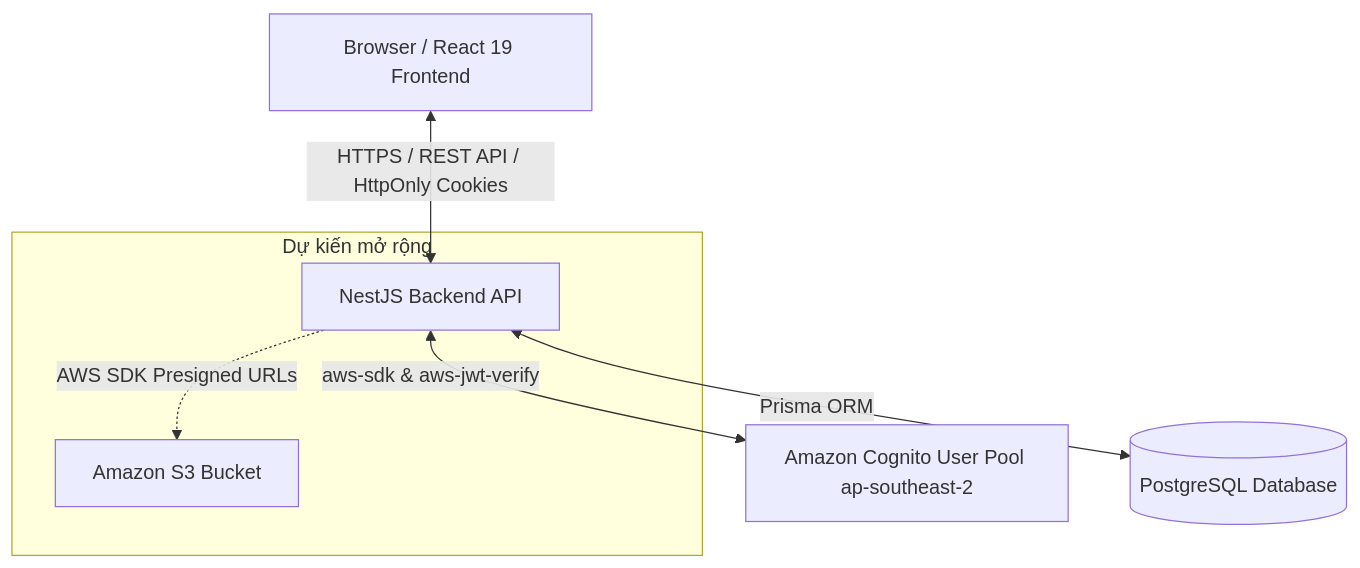
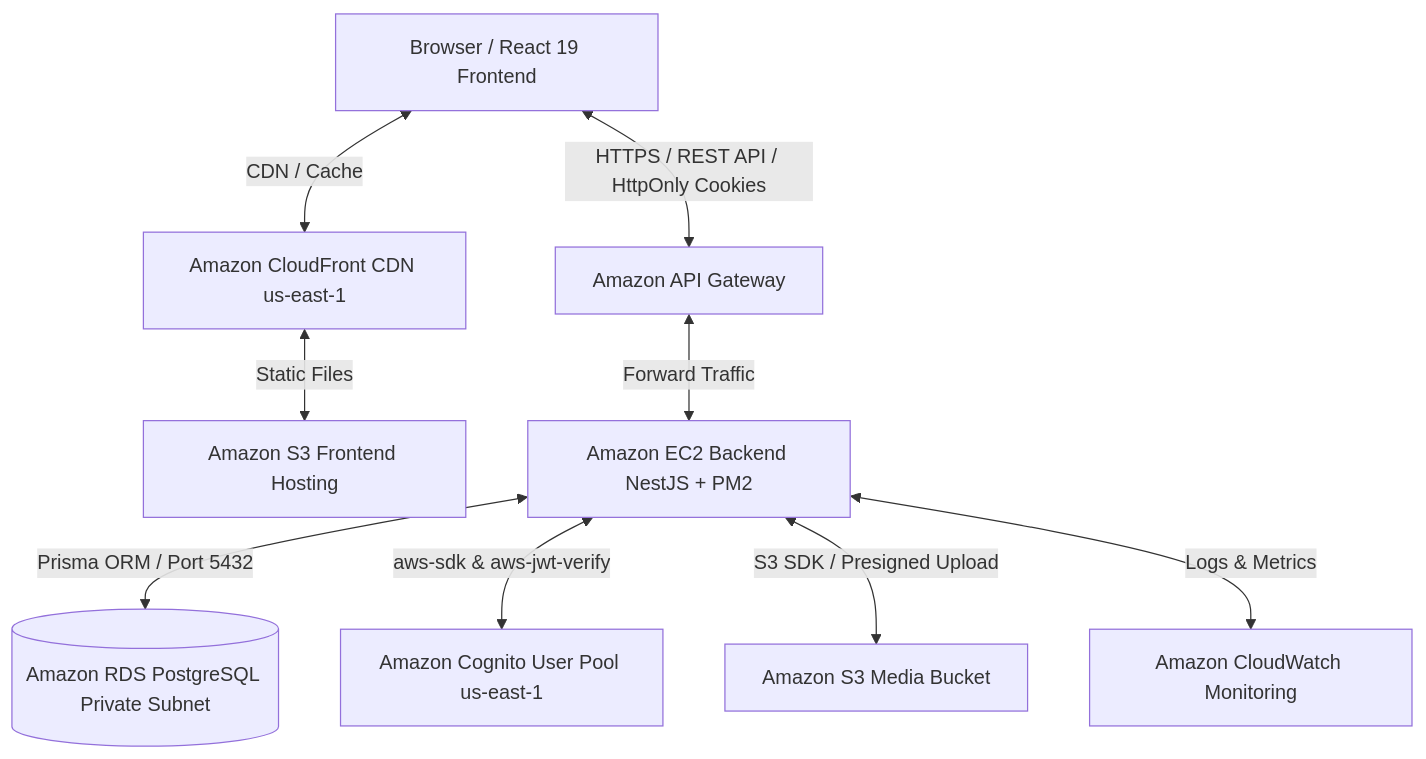
The diagram in content/2-Proposal/_index.vi.md (KelvinPhans/fcj-workshop), drawn with Mermaid before and after one commit. The commit also changed other lines of this file and 65 other files, not shown here.

````diff
--- a/content/2-Proposal/_index.vi.md
+++ b/content/2-Proposal/_index.vi.md
@@ -46,10 +49,11 @@
 ```mermaid
 graph TD
-    Client[Browser / React 19 Frontend] <-->|HTTPS / REST API / HttpOnly Cookies| Backend[NestJS Backend API]
-    Backend <-->|aws-sdk & aws-jwt-verify| Cognito[Amazon Cognito User Pool ap-southeast-2]
-    Backend <-->|Prisma ORM| DB[(PostgreSQL Database)]
-    
-    subgraph Future_AWS_Services [Dự kiến mở rộng]
-        Backend -.->|AWS SDK Presigned URLs| S3[Amazon S3 Bucket]
-    end
+    Client[Browser / React 19 Frontend] <-->|CDN / Cache| CloudFront[Amazon CloudFront CDN us-east-1]
+    CloudFront <-->|Static Files| S3_FE[Amazon S3 Frontend Hosting]
+    Client <-->|HTTPS / REST API / HttpOnly Cookies| APIGW[Amazon API Gateway]
+    APIGW <-->|Forward Traffic| EC2[Amazon EC2 Backend NestJS + PM2]
+    EC2 <-->|Prisma ORM / Port 5432| RDS[(Amazon RDS PostgreSQL Private Subnet)]
+    EC2 <-->|aws-sdk & aws-jwt-verify| Cognito[Amazon Cognito User Pool us-east-1]
+    EC2 <-->|S3 SDK / Presigned Upload| S3_Storage[Amazon S3 Media Bucket]
+    EC2 <-->|Logs & Metrics| CloudWatch[Amazon CloudWatch Monitoring]
 ```
````
